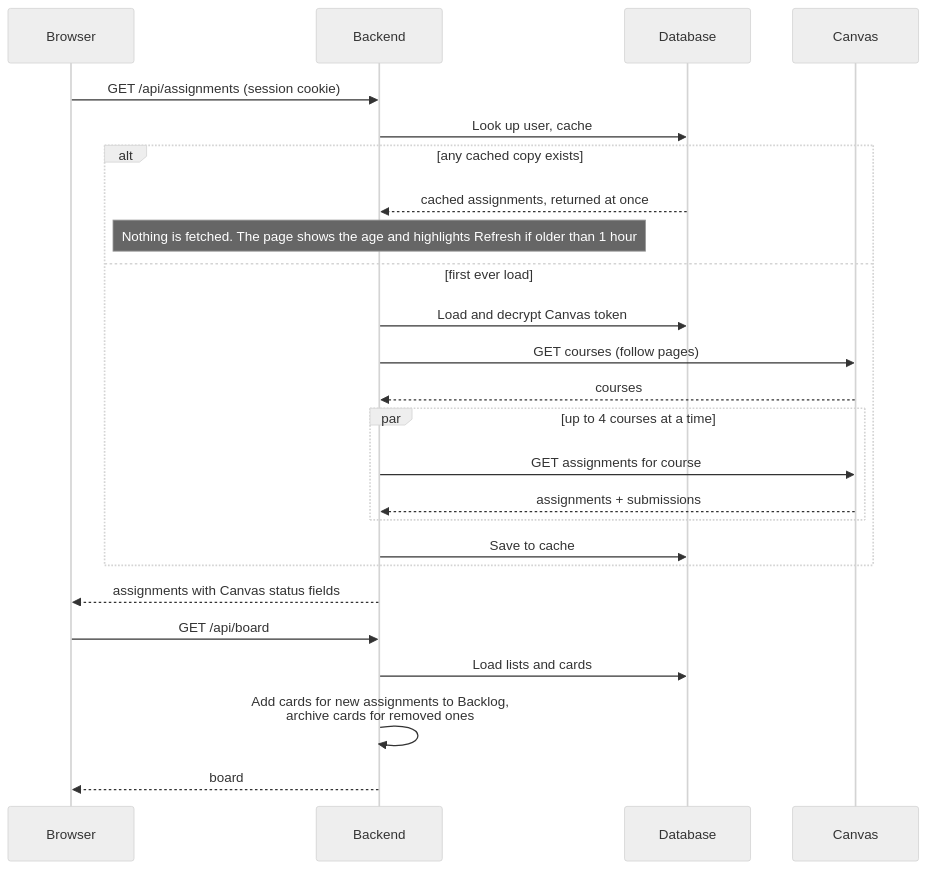
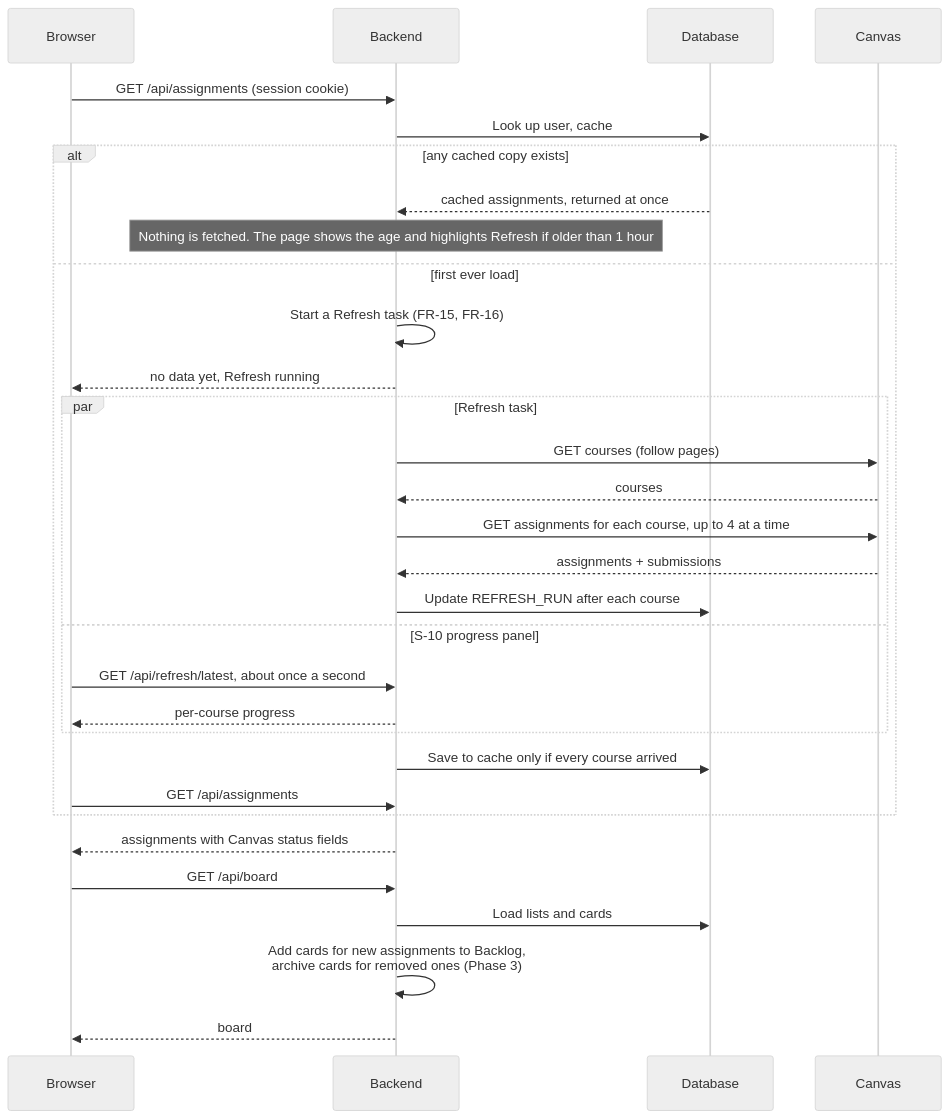
The fifth of 6 diagrams in docs/canvas-portal/03-design.md (bbranton/TestProj), drawn with Mermaid (neutral theme) before and after one commit. The commit also changed other lines of this file and 4 other files, not shown here.

First line of the commit message:
Add Refresh progress; answer Q-3; settle decisions

````diff
--- a/docs/canvas-portal/03-design.md
+++ b/docs/canvas-portal/03-design.md
@@ -448,28 +477,34 @@
 ```mermaid
 sequenceDiagram
     participant B as Browser
     participant A as Backend
     participant D as Database
     participant C as Canvas
 
     B->>A: GET /api/assignments (session cookie)
     A->>D: Look up user, cache
     alt any cached copy exists
         D-->>A: cached assignments, returned at once
         Note over A: Nothing is fetched. The page shows the age and highlights Refresh if older than 1 hour
     else first ever load
-        A->>D: Load and decrypt Canvas token
-        A->>C: GET courses (follow pages)
-        C-->>A: courses
-        par up to 4 courses at a time
-            A->>C: GET assignments for course
+        A->>A: Start a Refresh task (FR-15, FR-16)
+        A-->>B: no data yet, Refresh running
+        par Refresh task
+            A->>C: GET courses (follow pages)
+            C-->>A: courses
+            A->>C: GET assignments for each course, up to 4 at a time
             C-->>A: assignments + submissions
+            A->>D: Update REFRESH_RUN after each course
+        and S-10 progress panel
+            B->>A: GET /api/refresh/latest, about once a second
+            A-->>B: per-course progress
         end
-        A->>D: Save to cache
+        A->>D: Save to cache only if every course arrived
+        B->>A: GET /api/assignments
     end
     A-->>B: assignments with Canvas status fields
     B->>A: GET /api/board
     A->>D: Load lists and cards
-    A->>A: Add cards for new assignments to Backlog,<br/>archive cards for removed ones
+    A->>A: Add cards for new assignments to Backlog,<br/>archive cards for removed ones (Phase 3)
     A-->>B: board
 ```
````
